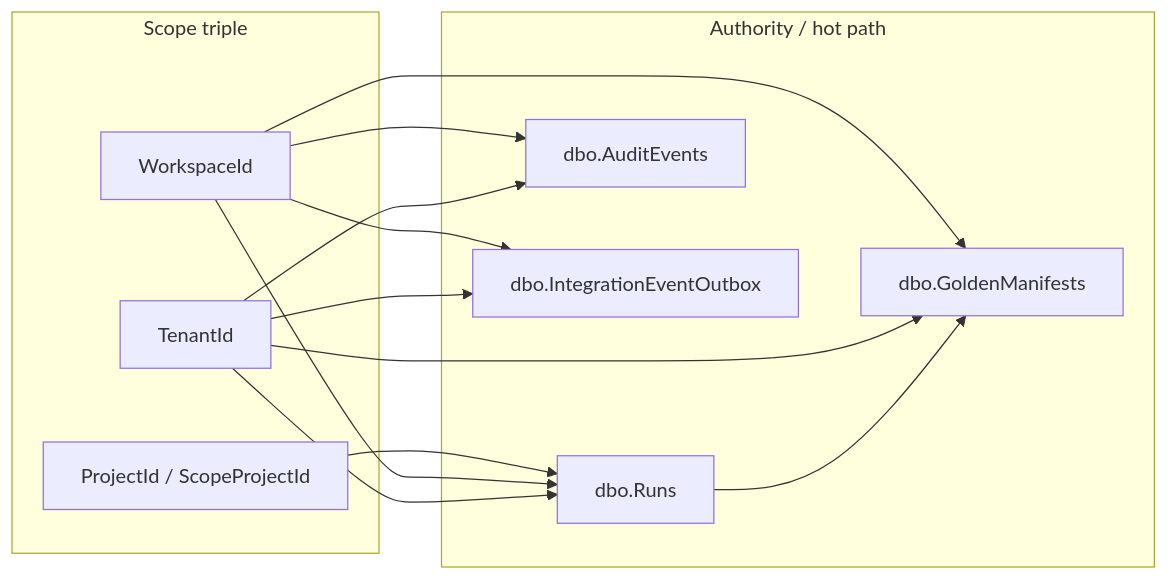
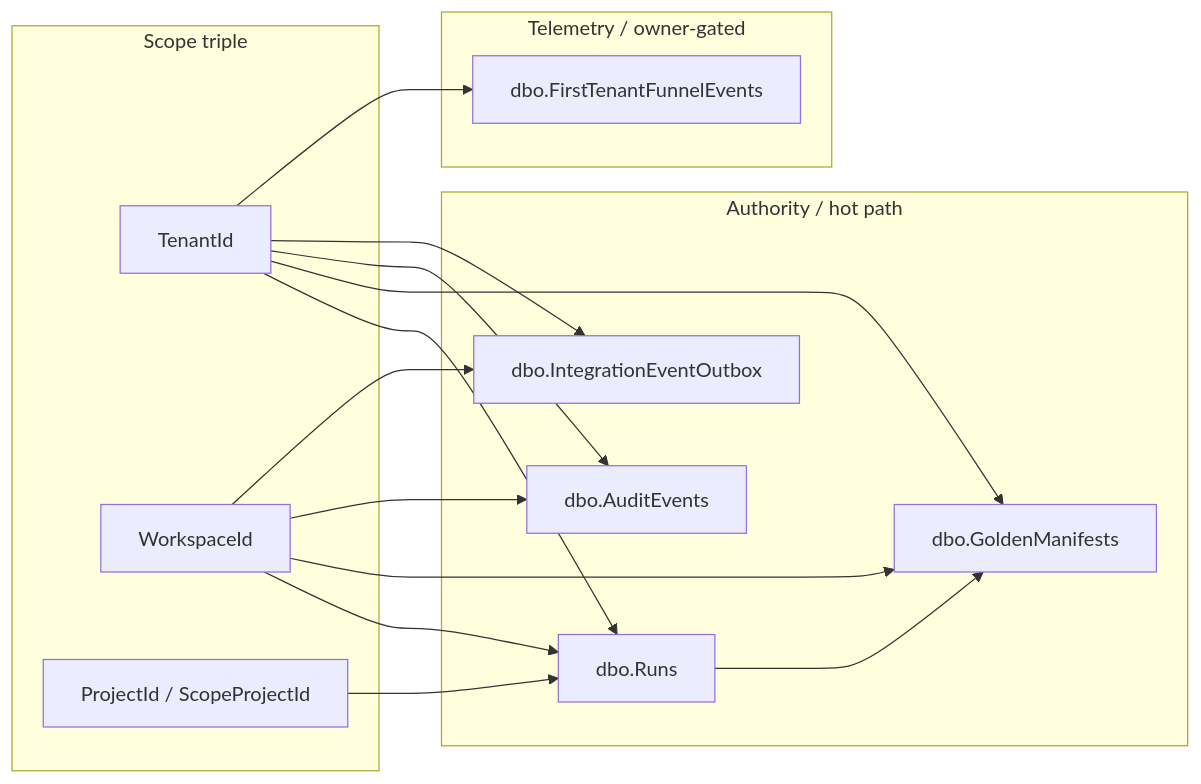
Before and after one commit to joefrancisGA/ArchLucid: the diagram in docs/library/TENANT_SCOPED_TABLES_INVENTORY.md, drawn with Mermaid. The commit also changed other lines of this file and 2375 other files, not shown here.

````diff
--- a/docs/library/TENANT_SCOPED_TABLES_INVENTORY.md
+++ b/docs/library/TENANT_SCOPED_TABLES_INVENTORY.md
@@ -24,26 +24,31 @@
 ```mermaid
 flowchart LR
   subgraph scope [Scope triple]
     T[TenantId]
     W[WorkspaceId]
     P[ProjectId / ScopeProjectId]
   end
 
   subgraph authority [Authority / hot path]
     R[dbo.Runs]
     GM[dbo.GoldenManifests]
     AE[dbo.AuditEvents]
     OB[dbo.IntegrationEventOutbox]
   end
 
+  subgraph telemetry [Telemetry / owner-gated]
+    FTF[dbo.FirstTenantFunnelEvents]
+  end
+
   T --> R
   W --> R
   P --> R
   R --> GM
   T --> GM
   W --> GM
   T --> AE
   W --> AE
   T --> OB
   W --> OB
+  T --> FTF
 ```
````
